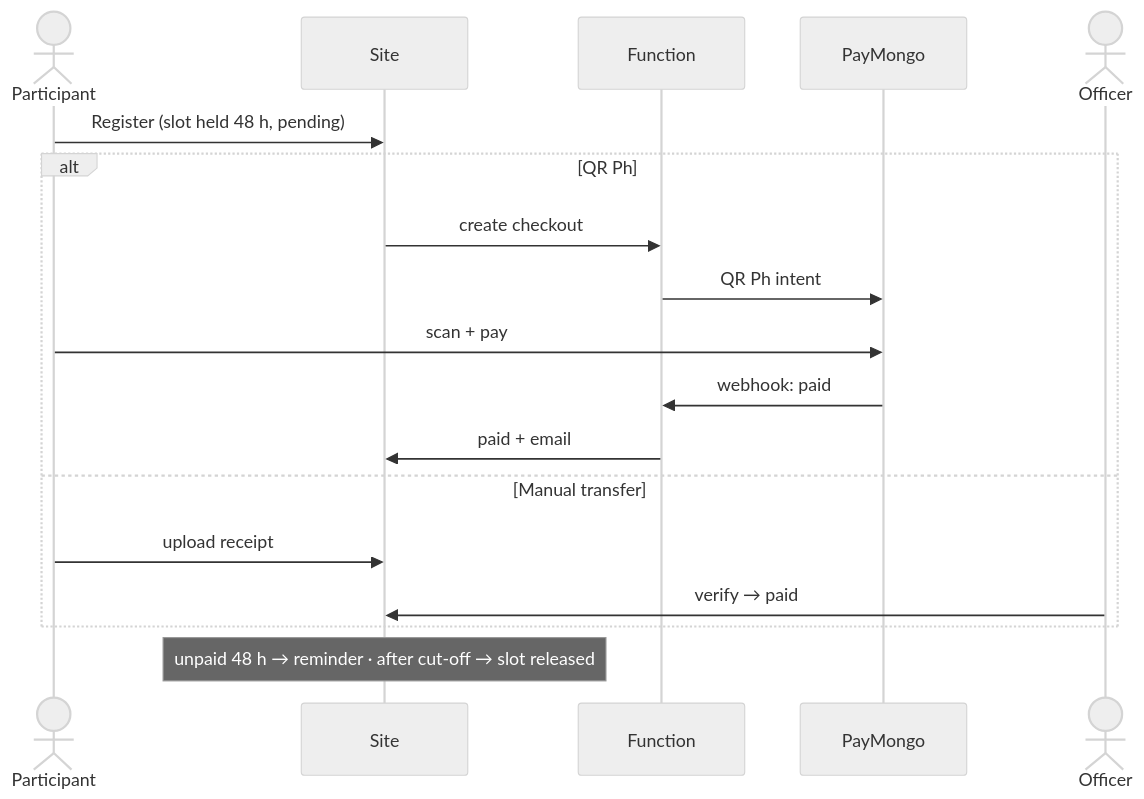
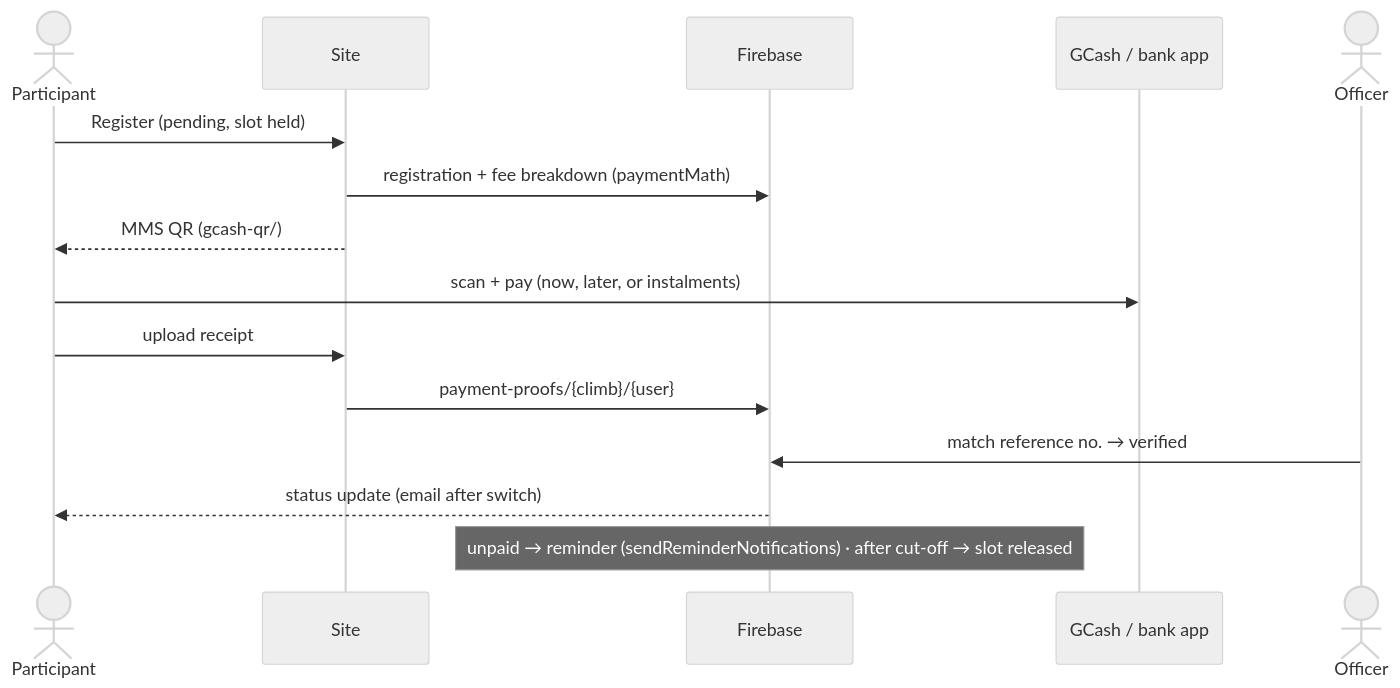
One commit to Oweeboi011/MMS-Official-Site changed the diagram in docs/solution-plan/SOLUTION-PLAN.md. Above: the diagram before and after it, drawn with Mermaid (neutral theme). The commit also changed other lines of this file and 7 other files, not shown here.

Commit message:
Drop PayMongo; move all site data to Firestore

````diff
--- a/docs/solution-plan/SOLUTION-PLAN.md
+++ b/docs/solution-plan/SOLUTION-PLAN.md
@@ -129,20 +130,17 @@
 ```mermaid
 sequenceDiagram
   actor P as Participant
   participant S as Site
-  participant F as Function
-  participant G as PayMongo
+  participant B as Firebase
+  participant W as GCash / bank app
   actor O as Officer
-  P->>S: Register (slot held 48 h, pending)
-  alt QR Ph
-    S->>F: create checkout
-    F->>G: QR Ph intent
-    P->>G: scan + pay
-    G->>F: webhook: paid
-    F->>S: paid + email
-  else Manual transfer
-    P->>S: upload receipt
-    O->>S: verify → paid
-  end
-  Note over S: unpaid 48 h → reminder · after cut-off → slot released
+  P->>S: Register (pending, slot held)
+  S->>B: registration + fee breakdown (paymentMath)
+  S-->>P: MMS QR (gcash-qr/)
+  P->>W: scan + pay (now, later, or instalments)
+  P->>S: upload receipt
+  S->>B: payment-proofs/{climb}/{user}
+  O->>B: match reference no. → verified
+  B-->>P: status update (email after switch)
+  Note over B: unpaid → reminder (sendReminderNotifications) · after cut-off → slot released
 ```
````
